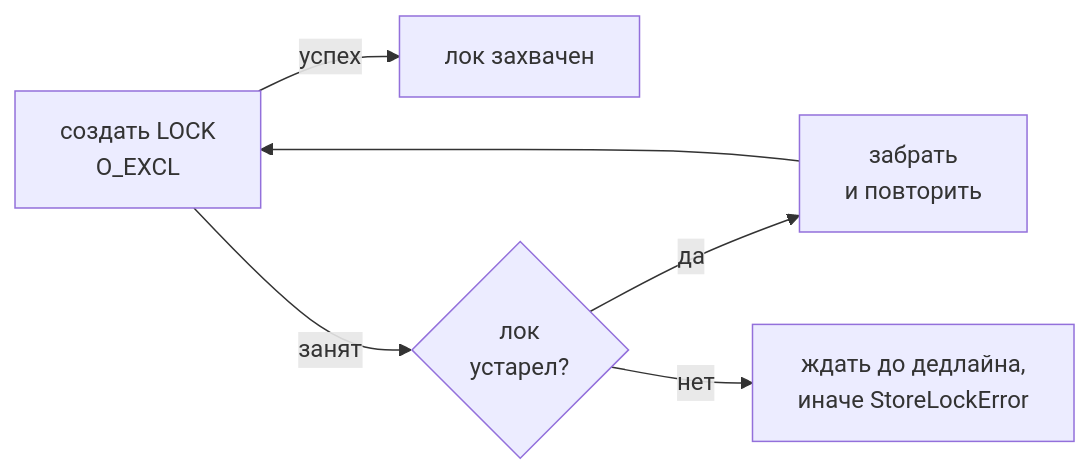
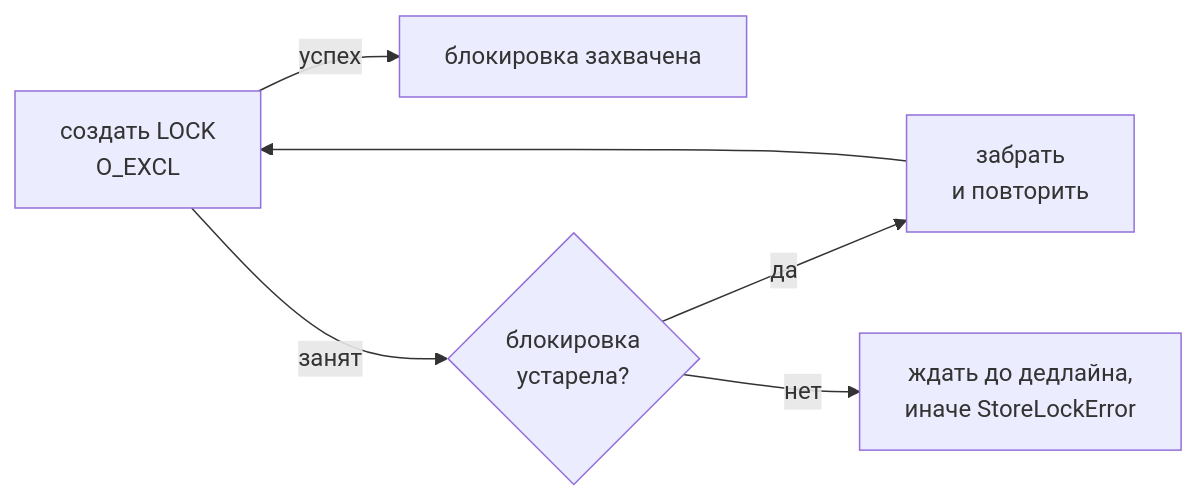
The fourth of 4 diagrams in docs/ru/architecture/03-storage.md (Kvazar123/llm-amg), drawn with Mermaid before and after one commit. The commit also changed other lines of this file and 13 other files, not shown here.

````diff
--- a/docs/ru/architecture/03-storage.md
+++ b/docs/ru/architecture/03-storage.md
@@ -89,8 +89,8 @@
 ```mermaid
 flowchart LR
-    A["создать LOCK<br/>O_EXCL"] -->|успех| H["лок захвачен"]
-    A -->|занят| S{лок<br/>устарел?}
+    A["создать LOCK<br/>O_EXCL"] -->|успех| H["блокировка захвачена"]
+    A -->|занят| S{блокировка<br/>устарела?}
     S -->|да| ST["забрать<br/>и повторить"]
     S -->|нет| WR["ждать до дедлайна,<br/>иначе StoreLockError"]
     ST --> A
 ```
````
